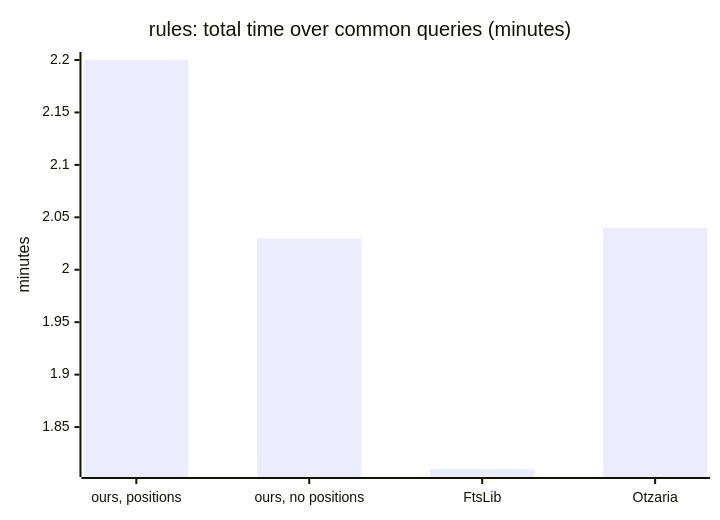
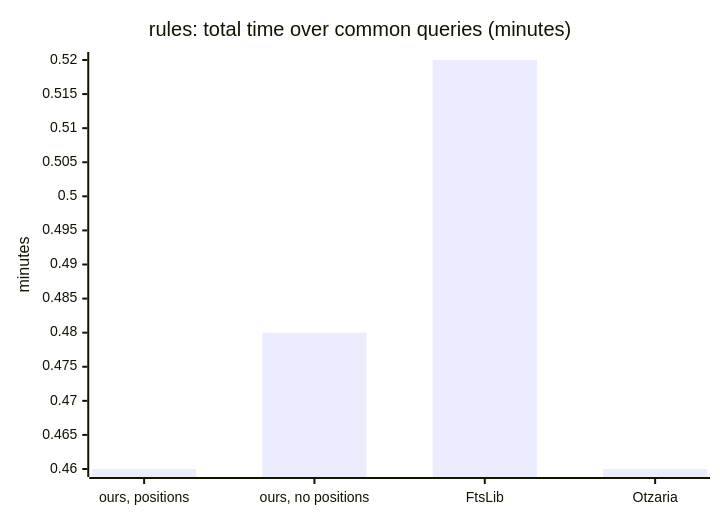
Before and after one commit to KleiKodesh/SeforimLibrarySearchEngine: the ninth of 11 diagrams in FTS-SPECS-AND-COMPARISONS.md, drawn with Mermaid. The commit also changed other lines of this file and 10 other files, not shown here.

````diff
--- a/FTS-SPECS-AND-COMPARISONS.md
+++ b/FTS-SPECS-AND-COMPARISONS.md
@@ -486,7 +497,7 @@
 ```mermaid
 xychart-beta
     title "rules: total time over common queries (minutes)"
     x-axis ["ours, positions", "ours, no positions", "FtsLib", "Otzaria"]
     y-axis "minutes"
-    bar [2.20, 2.03, 1.81, 2.04]
+    bar [0.46, 0.48, 0.52, 0.46]
 ```
````
